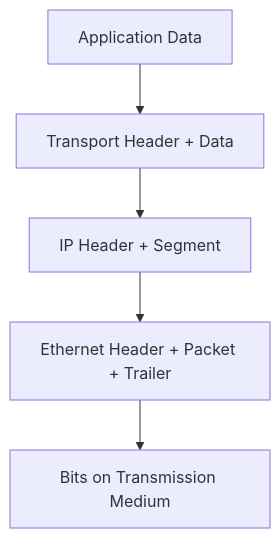
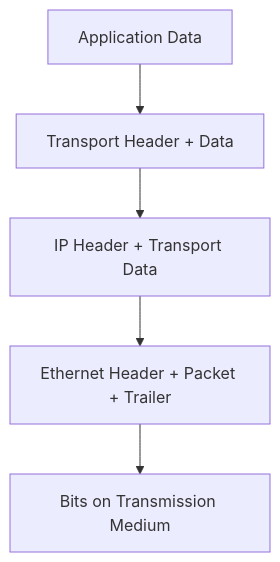
The second of 6 diagrams in 01-Networking-Fundamentals/01-Networking-Basics/01-Introduction-to-Computer-Networking/05-How-Computer-Networks-Work.md.md (tahirmehdi001-cyberexpert/Networking-Cybersecurity-Portfolio), drawn with Mermaid before and after one commit. The commit also changed other lines of this file, not shown here.

````diff
--- a/01-Networking-Fundamentals/01-Networking-Basics/01-Introduction-to-Computer-Networking/05-How-Computer-Networks-Work.md.md
+++ b/01-Networking-Fundamentals/01-Networking-Basics/01-Introduction-to-Computer-Networking/05-How-Computer-Networks-Work.md.md
@@ -114,13 +128,13 @@
 ```mermaid
 flowchart TD
-    A[Application Data]
-    B[Transport Header + Data]
-    C[IP Header + Segment]
-    D[Ethernet Header + Packet + Trailer]
-    E[Bits on Transmission Medium]
+    A["Application Data"]
+    B["Transport Header + Data"]
+    C["IP Header + Transport Data"]
+    D["Ethernet Header + Packet + Trailer"]
+    E["Bits on Transmission Medium"]
 
     A --> B
     B --> C
     C --> D
     D --> E
 ```
````
